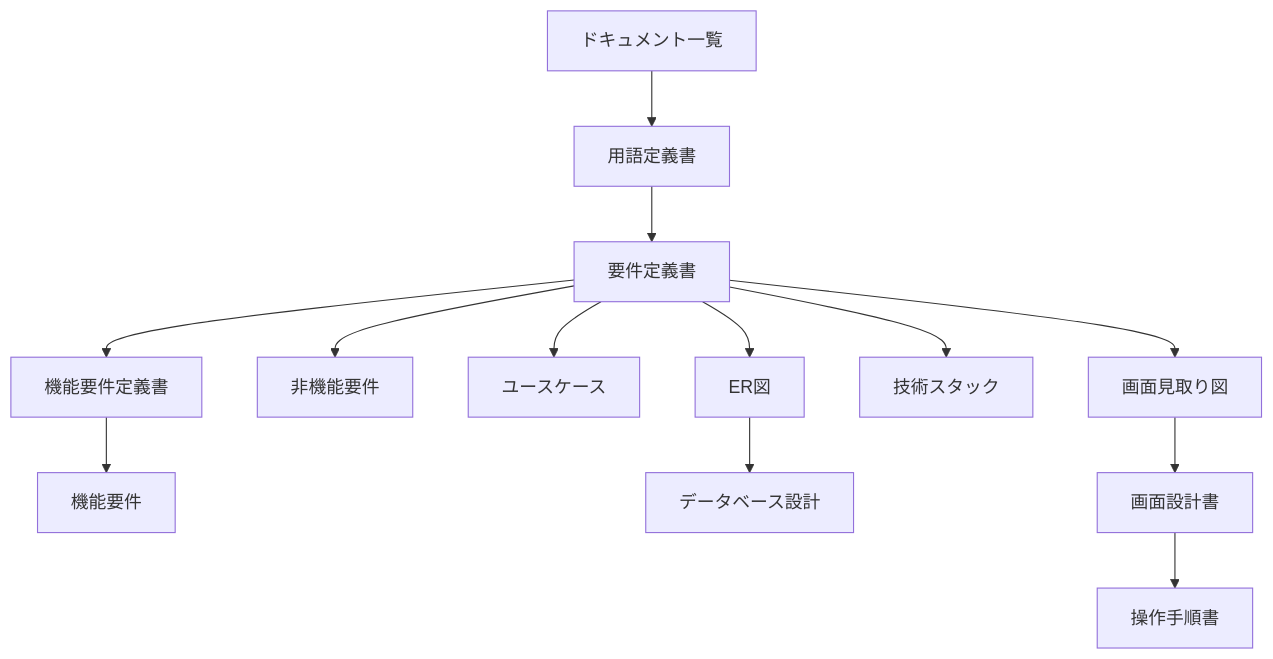
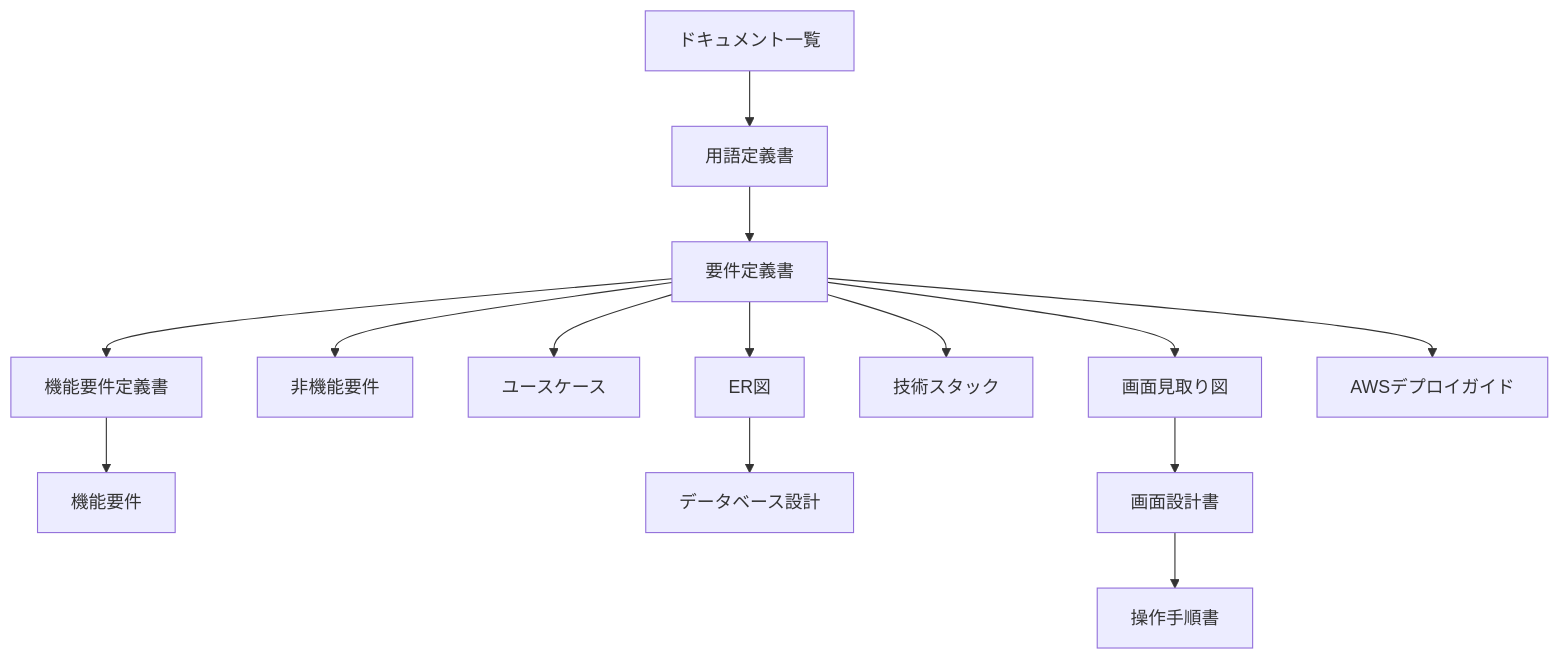
Before and after one commit to pfgnsb/hand-spinner: the diagram in spinner/ドキュメント/README.md, drawn with Mermaid. The commit also changed other lines of this file and 16 other files, not shown here.

````diff
--- a/spinner/ドキュメント/README.md
+++ b/spinner/ドキュメント/README.md
@@ -72,15 +73,16 @@
 ```mermaid
 flowchart TD
   index[ドキュメント一覧] --> terms[用語定義書]
   terms --> req[要件定義書]
   req --> funcDef[機能要件定義書]
   funcDef --> func[機能要件]
   req --> nfr[非機能要件]
   req --> uc[ユースケース]
   req --> er[ER図]
   er --> db[データベース設計]
   req --> stack[技術スタック]
   req --> sketch[画面見取り図]
   sketch --> screen[画面設計書]
   screen --> howto[操作手順書]
+  req --> aws[AWSデプロイガイド]
 ```
````
